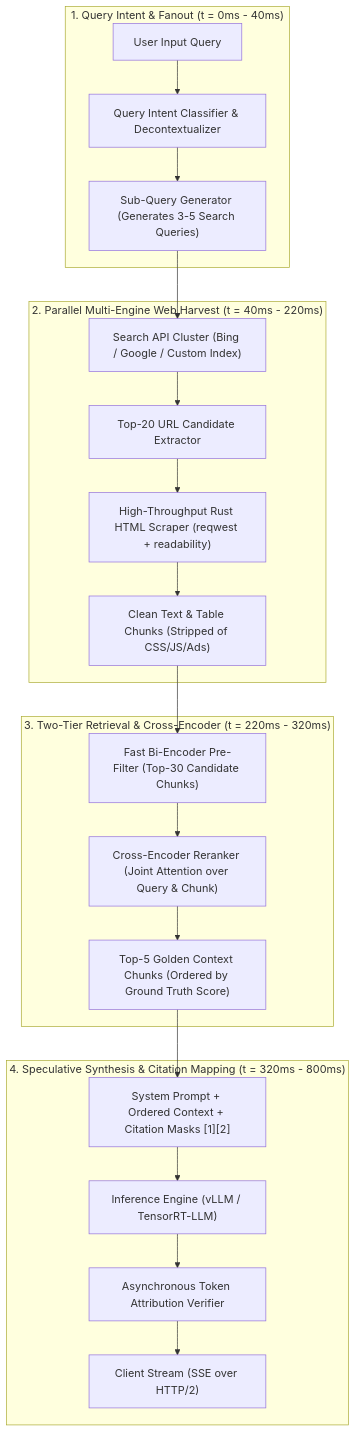
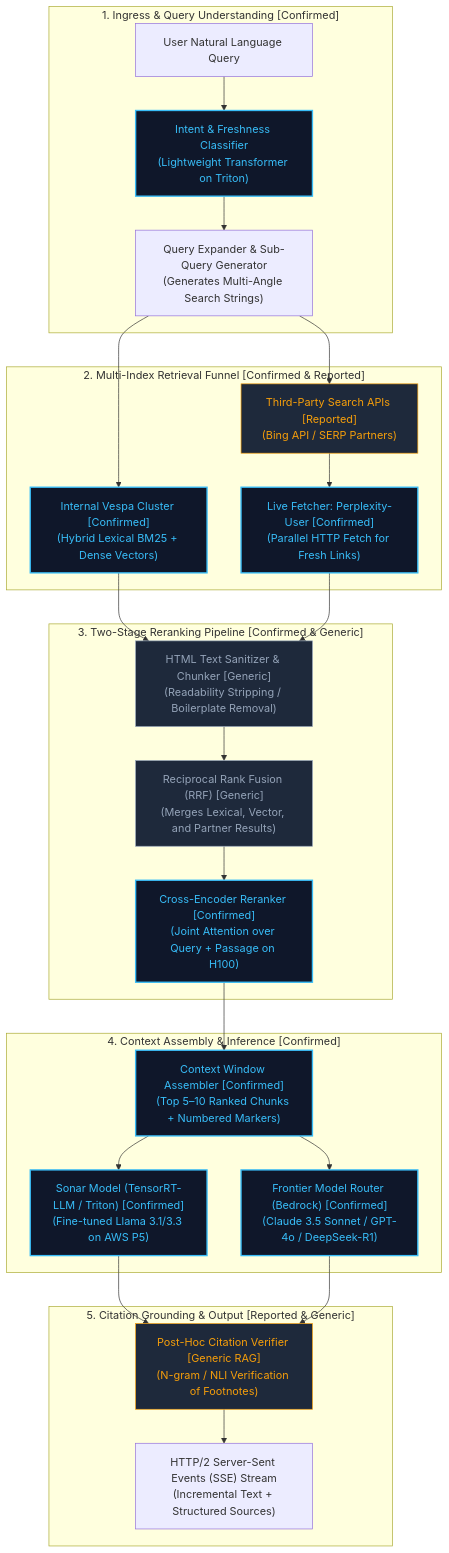
Before and after one commit to saurabh-vision/how-ai-companies-scale: the diagram in ai-architectures/perplexity-realtime-rag.md, drawn with Mermaid. The commit also changed other lines of this file and 13 other files, not shown here.

````diff
--- a/ai-architectures/perplexity-realtime-rag.md
+++ b/ai-architectures/perplexity-realtime-rag.md
@@ -26,44 +71,48 @@
 ```mermaid
 flowchart TD
-    subgraph QueryIngestion["1. Query Intent & Fanout (t = 0ms - 40ms)"]
-        UserQuery["User Input Query"]
-        Classifier["Query Intent Classifier & Decontextualizer"]
-        SubQueryGen["Sub-Query Generator (Generates 3-5 Search Queries)"]
+    subgraph IngressTier["1. Ingress & Query Understanding [Confirmed]"]
+        UserQuery["User Natural Language Query"]
+        IntentClassifier["Intent & Freshness Classifier\n(Lightweight Transformer on Triton)"]
+        QueryExpander["Query Expander & Sub-Query Generator\n(Generates Multi-Angle Search Strings)"]
     end
 
-    subgraph LiveRetrieval["2. Parallel Multi-Engine Web Harvest (t = 40ms - 220ms)"]
-        SearchEngines["Search API Cluster (Bing / Google / Custom Index)"]
-        URLExtractor["Top-20 URL Candidate Extractor"]
-        HeadlessCluster["High-Throughput Rust HTML Scraper (reqwest + readability)"]
-        RawMarkdown["Clean Text & Table Chunks (Stripped of CSS/JS/Ads)"]
+    subgraph RetrievalTier["2. Multi-Index Retrieval Funnel [Confirmed & Reported]"]
+        VespaIndex["Internal Vespa Cluster [Confirmed]\n(Hybrid Lexical BM25 + Dense Vectors)"]
+        SearchPartners["Third-Party Search APIs [Reported]\n(Bing API / SERP Partners)"]
+        LiveFetch["Live Fetcher: Perplexity-User [Confirmed]\n(Parallel HTTP Fetch for Fresh Links)"]
     end
 
-    subgraph RerankingStage["3. Two-Tier Retrieval & Cross-Encoder (t = 220ms - 320ms)"]
-        BiEncoderFilter["Fast Bi-Encoder Pre-Filter (Top-30 Candidate Chunks)"]
-        CrossEncoder["Cross-Encoder Reranker (Joint Attention over Query & Chunk)"]
-        Top5Context["Top-5 Golden Context Chunks (Ordered by Ground Truth Score)"]
+    subgraph RankingTier["3. Two-Stage Reranking Pipeline [Confirmed & Generic]"]
+        PassageExtractor["HTML Text Sanitizer & Chunker [Generic]\n(Readability Stripping / Boilerplate Removal)"]
+        RRF_Fusion["Reciprocal Rank Fusion (RRF) [Generic]\n(Merges Lexical, Vector, and Partner Results)"]
+        CrossEncoder["Cross-Encoder Reranker [Confirmed]\n(Joint Attention over Query + Passage on H100)"]
     end
 
-    subgraph GenerationStage["4. Speculative Synthesis & Citation Mapping (t = 320ms - 800ms)"]
-        PromptAssembler["System Prompt + Ordered Context + Citation Masks [1][2]"]
-        LLMCluster["Inference Engine (vLLM / TensorRT-LLM)"]
-        CitationEngine["Asynchronous Token Attribution Verifier"]
-        ClientStream["Client Stream (SSE over HTTP/2)"]
+    subgraph SynthesisTier["4. Context Assembly & Inference [Confirmed]"]
+        ContextAssembler["Context Window Assembler [Confirmed]\n(Top 5–10 Ranked Chunks + Numbered Markers)"]
+        SonarLLM["Sonar Model (TensorRT-LLM / Triton) [Confirmed]\n(Fine-tuned Llama 3.1/3.3 on AWS P5)"]
+        FrontierLLM["Frontier Model Router (Bedrock) [Confirmed]\n(Claude 3.5 Sonnet / GPT-4o / DeepSeek-R1)"]
     end
 
-    UserQuery --> Classifier
-    Classifier --> SubQueryGen
-    SubQueryGen --> SearchEngines
-    SearchEngines --> URLExtractor
-    URLExtractor --> HeadlessCluster
-    HeadlessCluster --> RawMarkdown
+    subgraph CitationTier["5. Citation Grounding & Output [Reported & Generic]"]
+        AttributionFilter["Post-Hoc Citation Verifier [Generic RAG]\n(N-gram / NLI Verification of Footnotes)"]
+        SSEStream["HTTP/2 Server-Sent Events (SSE) Stream\n(Incremental Text + Structured Sources)"]
+    end
 
-    RawMarkdown --> BiEncoderFilter
-    BiEncoderFilter --> CrossEncoder
-    CrossEncoder --> Top5Context
+    UserQuery --> IntentClassifier --> QueryExpander
+    QueryExpander --> VespaIndex & SearchPartners
+    SearchPartners --> LiveFetch
+    VespaIndex & LiveFetch --> PassageExtractor
+    PassageExtractor --> RRF_Fusion --> CrossEncoder
+    CrossEncoder --> ContextAssembler
+    ContextAssembler --> SonarLLM & FrontierLLM
+    SonarLLM & FrontierLLM --> AttributionFilter --> SSEStream
 
-    Top5Context --> PromptAssembler
-    PromptAssembler --> LLMCluster
-    LLMCluster --> CitationEngine
-    CitationEngine --> ClientStream
+    classDef confirmed fill:#0f172a,stroke:#38bdf8,stroke-width:2px,color:#38bdf8;
+    classDef reported fill:#1e293b,stroke:#f59e0b,stroke-width:1px,color:#f59e0b;
+    classDef generic fill:#1e293b,stroke:#94a3b8,stroke-width:1px,color:#94a3b8;
+
+    class IntentClassifier,VespaIndex,LiveFetch,CrossEncoder,ContextAssembler,SonarLLM,FrontierLLM confirmed;
+    class SearchPartners,AttributionFilter reported;
+    class PassageExtractor,RRF_Fusion generic;
 ```
````
